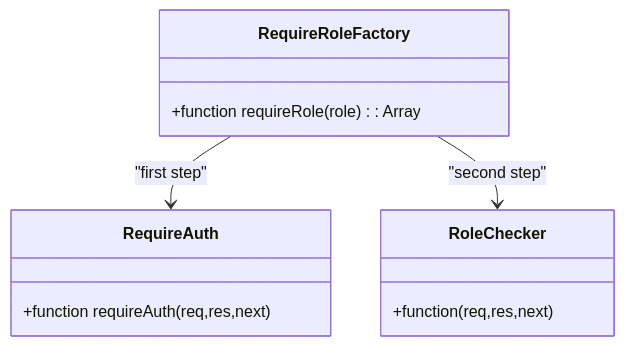
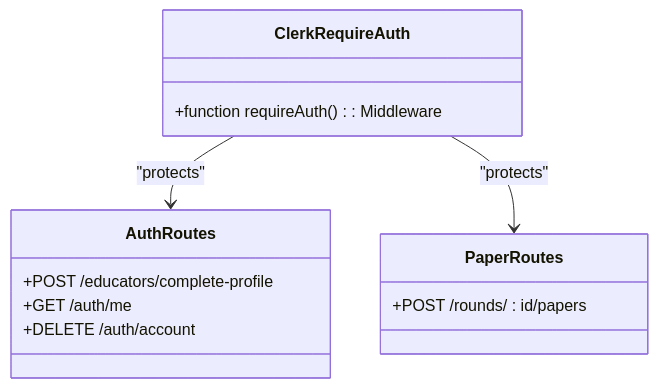
Before and after one commit to ZandileMkontwana/olympiad-portal: the fourth of 6 diagrams in .qoder/repowiki/en/content/Authentication & Authorization/Authentication Middleware.md, drawn with Mermaid. The commit also changed other lines of this file and 16 other files, not shown here.

Commit message:
fix: test(backend): update tests for Clerk auth and Supabase storage

````diff
--- a/.qoder/repowiki/en/content/Authentication & Authorization/Authentication Middleware.md
+++ b/.qoder/repowiki/en/content/Authentication & Authorization/Authentication Middleware.md
@@ -148,14 +155,16 @@
 ```mermaid
 classDiagram
-class RequireRoleFactory {
-+function requireRole(role) : Array<Middleware>
+class ClerkRequireAuth {
++function requireAuth() : Middleware
 }
-class RequireAuth {
-+function requireAuth(req,res,next)
+class AuthRoutes {
++POST /educators/complete-profile
++GET /auth/me
++DELETE /auth/account
 }
-class RoleChecker {
-+function(req,res,next)
+class PaperRoutes {
++POST /rounds/ : id/papers
 }
-RequireRoleFactory --> RequireAuth : "first step"
-RequireRoleFactory --> RoleChecker : "second step"
+ClerkRequireAuth --> AuthRoutes : "protects"
+ClerkRequireAuth --> PaperRoutes : "protects"
 ```
````
